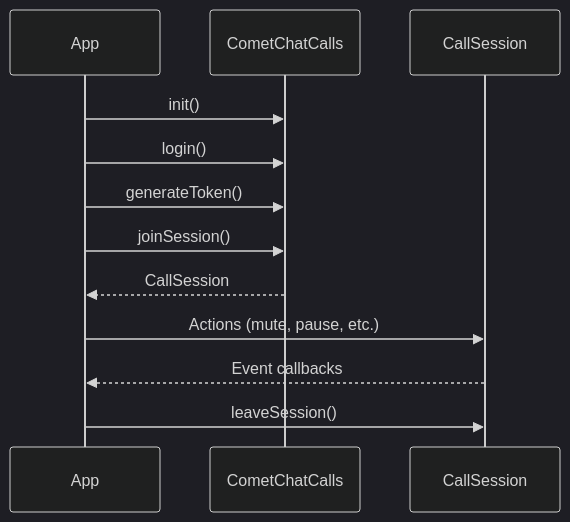
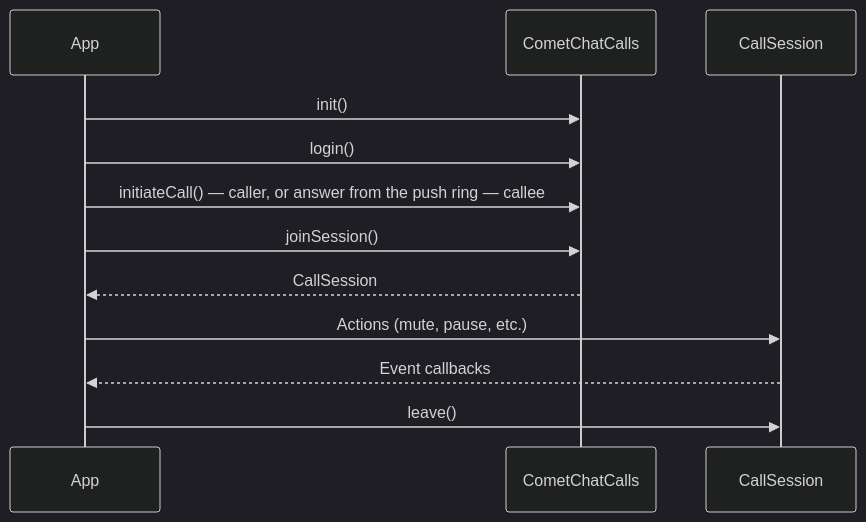
One commit to cometchat/docs changed the diagram in calls/android/overview.mdx. Above: the diagram before and after it, drawn with Mermaid (dark theme). The commit also changed other lines of this file and 28 other files, not shown here.

First line of the commit message:
docs(android): document ringing through the Calls SDK and Push Notifications SDK

````diff
--- a/calls/android/overview.mdx
+++ b/calls/android/overview.mdx
@@ -23,15 +23,15 @@
 ```mermaid
 sequenceDiagram
     participant App
     participant CometChatCalls
     participant CallSession
     
     App->>CometChatCalls: init()
     App->>CometChatCalls: login()
-    App->>CometChatCalls: generateToken()
+    App->>CometChatCalls: initiateCall() — caller, or answer from the push ring — callee
     App->>CometChatCalls: joinSession()
     CometChatCalls-->>App: CallSession
     App->>CallSession: Actions (mute, pause, etc.)
     CallSession-->>App: Event callbacks
-    App->>CallSession: leaveSession()
+    App->>CallSession: leave()
 ```
````
